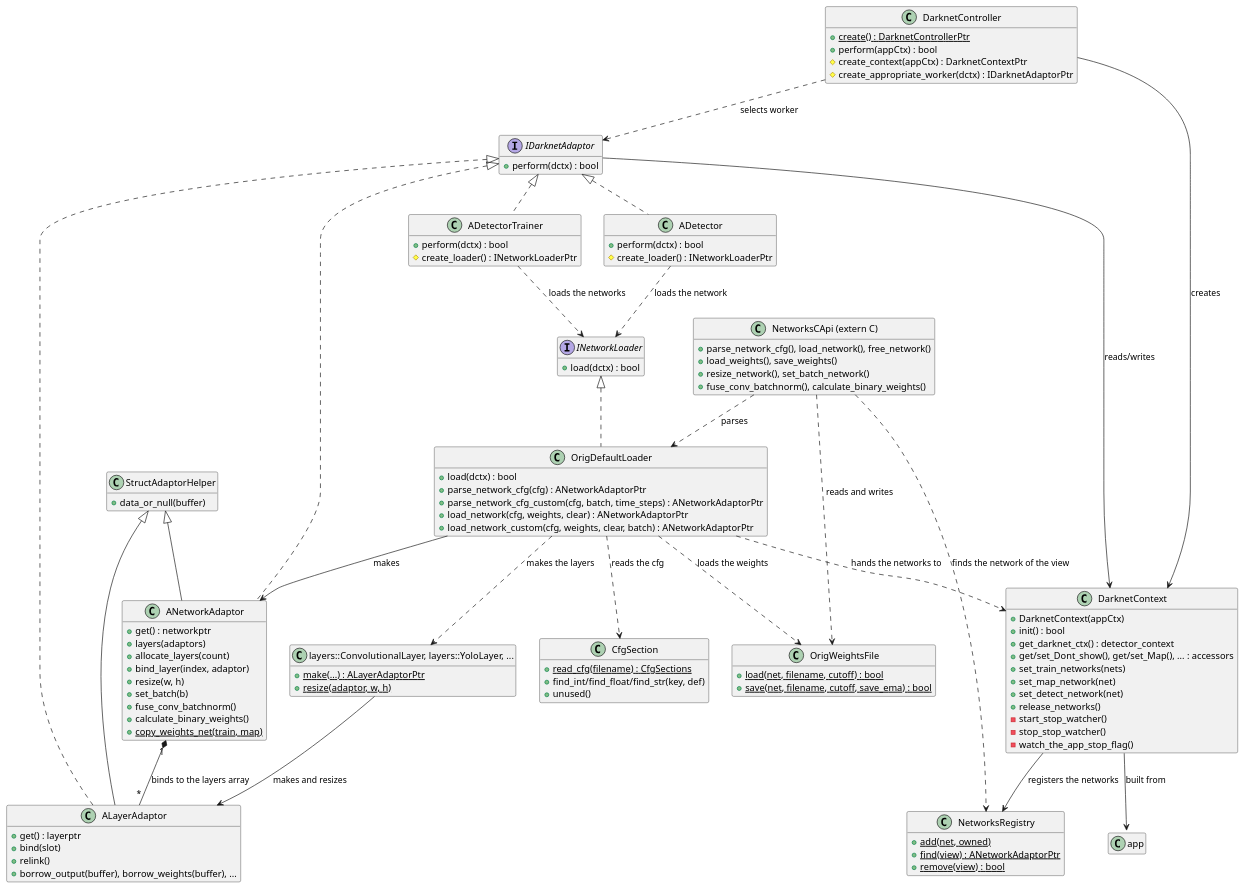
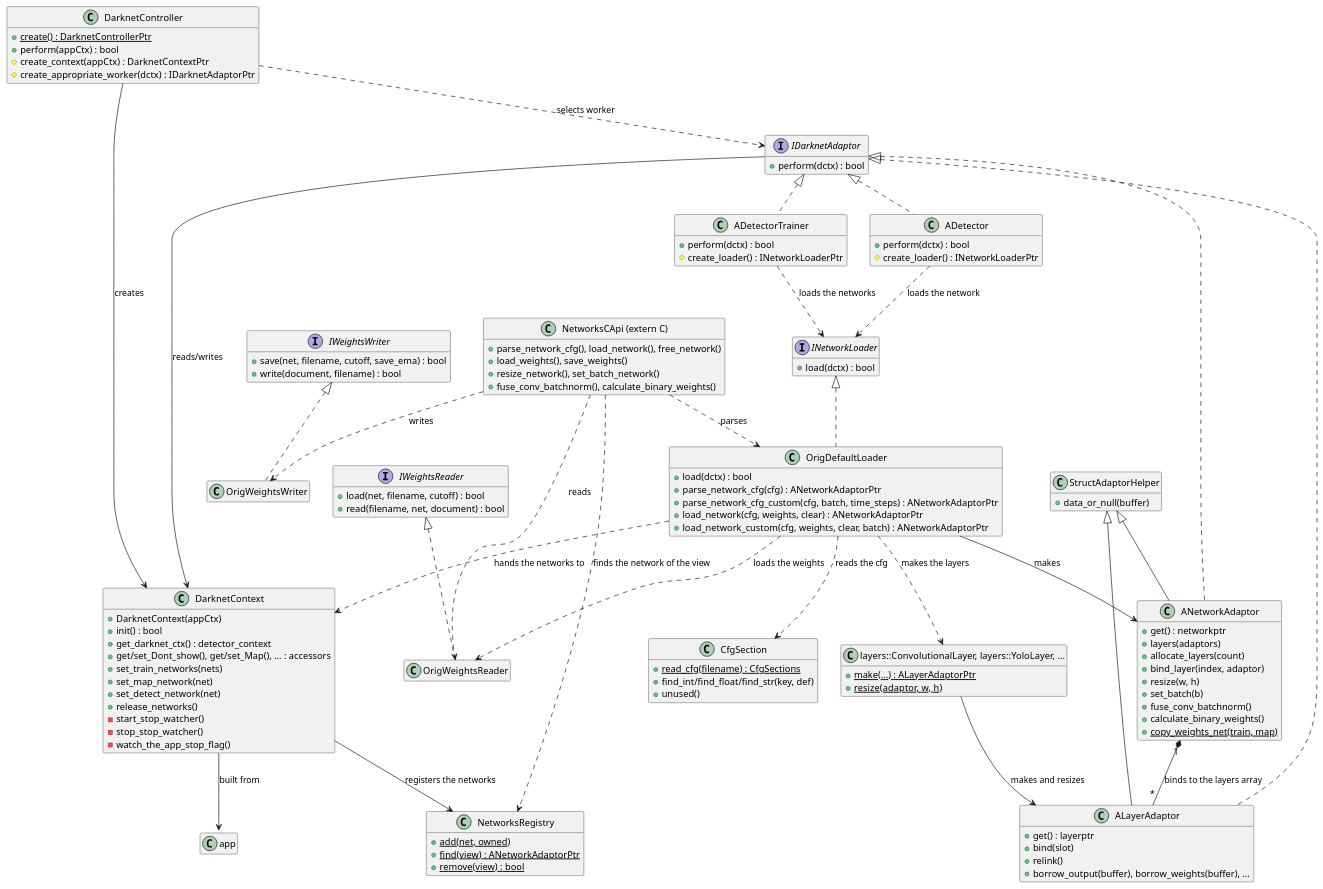
Before and after one commit to yuriysydor1991/darknetxx: the diagram in doc/sections/en_US/4-7-2-darknet-adaptor-components.md, drawn with PlantUML. The commit also changed other lines of this file and 38 other files, not shown here.

First line of the commit message:
docs: document the network weights files formats and the converter

```diff
--- a/doc/sections/en_US/4-7-2-darknet-adaptor-components.md
+++ b/doc/sections/en_US/4-7-2-darknet-adaptor-components.md
@@ -63,10 +63,18 @@
   +unused()
 }
 
-class OrigWeightsFile {
-  +{static} load(net, filename, cutoff) : bool
-  +{static} save(net, filename, cutoff, save_ema) : bool
+interface IWeightsReader {
+  +load(net, filename, cutoff) : bool
+  +read(filename, net, document) : bool
 }
+
+interface IWeightsWriter {
+  +save(net, filename, cutoff, save_ema) : bool
+  +write(document, filename) : bool
+}
+
+class OrigWeightsReader
+class OrigWeightsWriter
 
 class ANetworkAdaptor {
   +get() : networkptr
@@ -114,6 +122,8 @@
 IDarknetAdaptor <|.. ALayerAdaptor
 IDarknetAdaptor <|.. ANetworkAdaptor
 INetworkLoader <|.. OrigDefaultLoader
+IWeightsReader <|.. OrigWeightsReader
+IWeightsWriter <|.. OrigWeightsWriter
 StructAdaptorHelper <|-- ALayerAdaptor
 StructAdaptorHelper <|-- ANetworkAdaptor
 
@@ -124,7 +134,7 @@
 ADetectorTrainer ..> INetworkLoader : loads the networks
 OrigDefaultLoader ..> CfgSection : reads the cfg
 OrigDefaultLoader ..> Layers : makes the layers
-OrigDefaultLoader ..> OrigWeightsFile : loads the weights
+OrigDefaultLoader ..> OrigWeightsReader : loads the weights
 OrigDefaultLoader --> ANetworkAdaptor : makes
 OrigDefaultLoader ..> DarknetContext : hands the networks to
 Layers --> ALayerAdaptor : makes and resizes
@@ -132,6 +142,7 @@
 DarknetContext --> NetworksRegistry : registers the networks
 NetworksCApi ..> NetworksRegistry : finds the network of the view
 NetworksCApi ..> OrigDefaultLoader : parses
-NetworksCApi ..> OrigWeightsFile : reads and writes
+NetworksCApi ..> OrigWeightsReader : reads
+NetworksCApi ..> OrigWeightsWriter : writes
 DarknetContext --> "app::ApplicationContext" : built from
 @enduml
```
